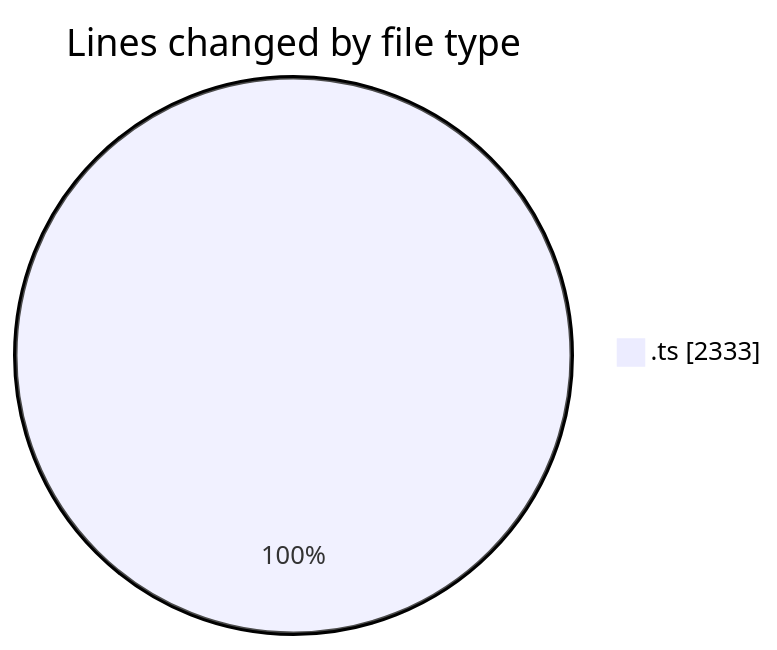
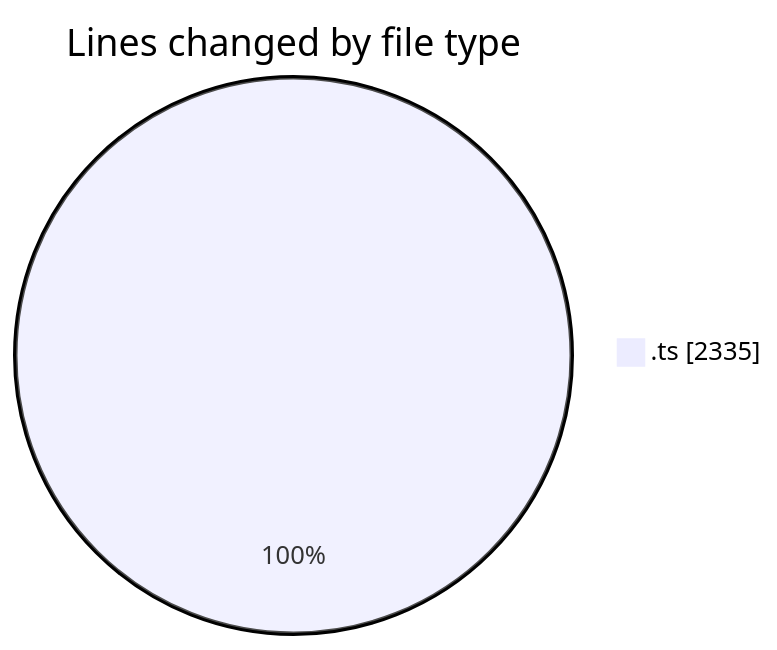
Before and after one commit to momahboobian/code-tracking: the first of 2 diagrams in 2025-10-23/cda/README.md, drawn with Mermaid. The commit also changed other lines of this file and 1 other file, not shown here.

````diff
--- a/2025-10-23/cda/README.md
+++ b/2025-10-23/cda/README.md
@@ -23,5 +23,5 @@
 ```mermaid
 pie showData
 title Lines changed by file type
-".ts" : 2333
+".ts" : 2335
 ```
````
